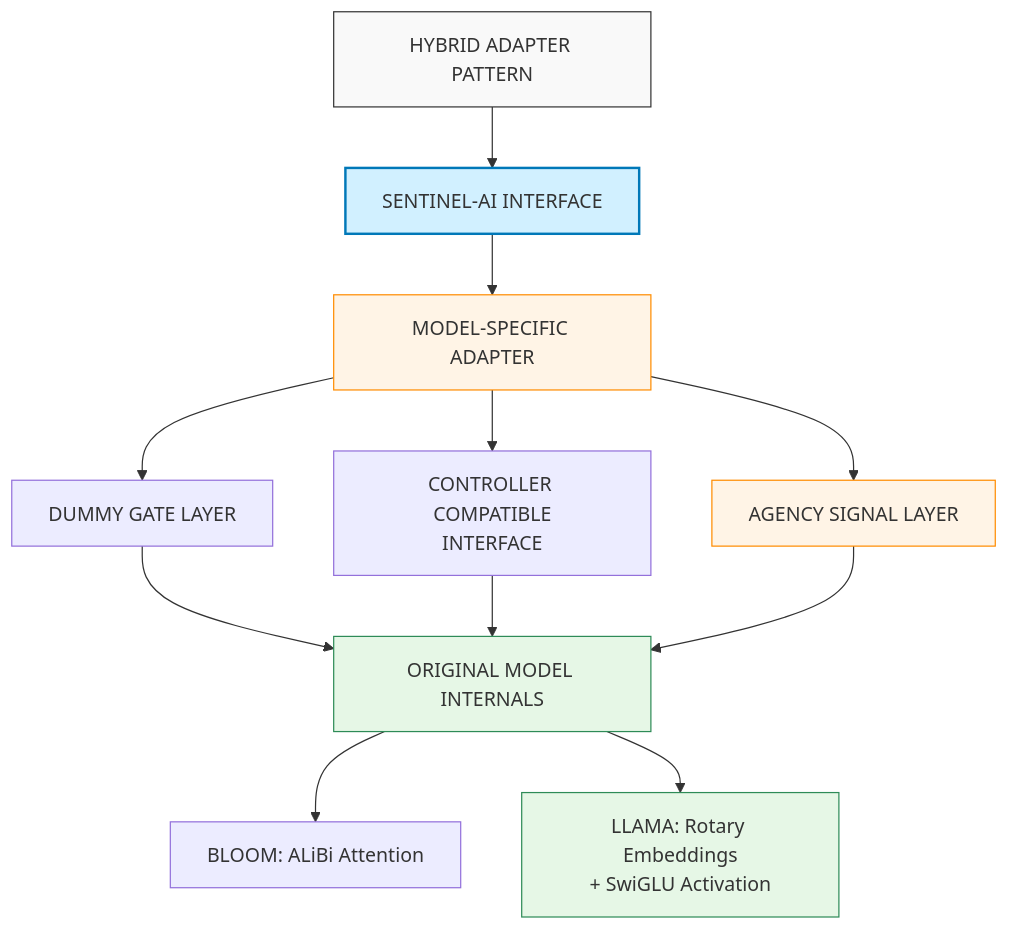
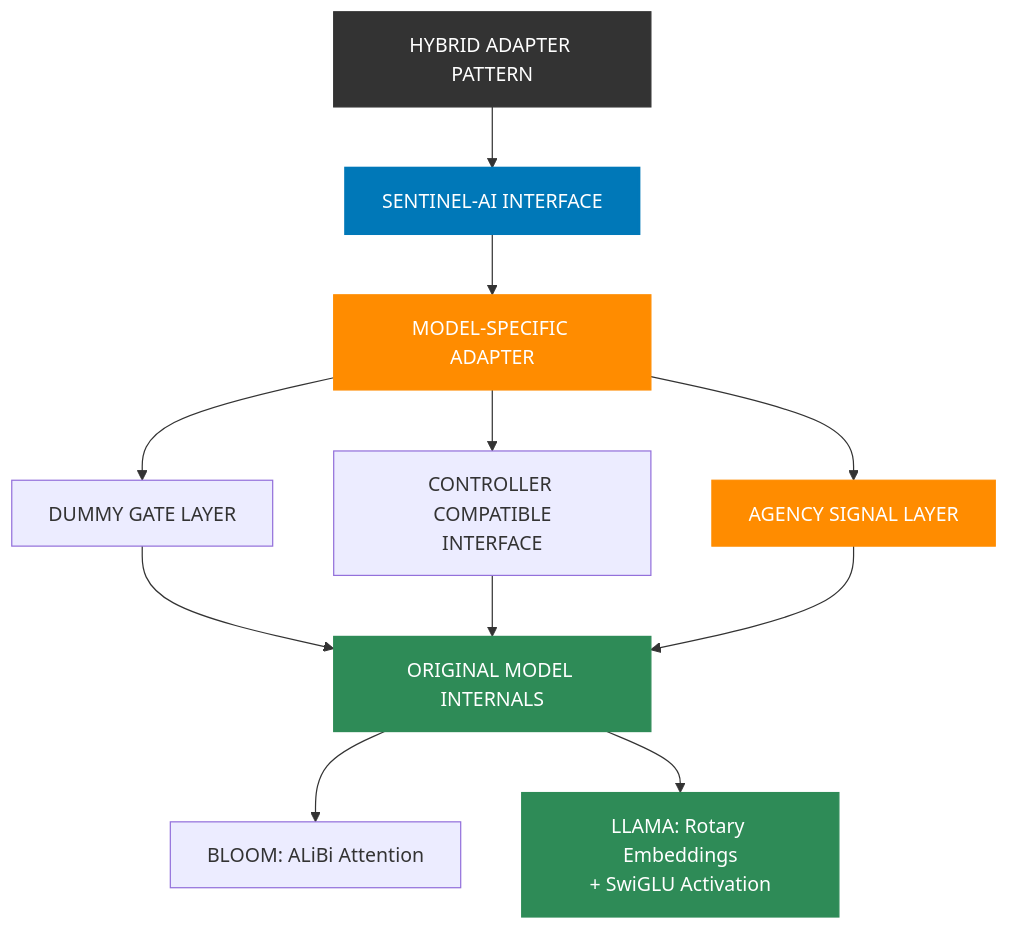
The third of 6 diagrams in README.md (CambrianTech/sentinel-ai), drawn with Mermaid before and after one commit. The commit also changed other lines of this file, not shown here.

First line of the commit message:
Improve diagram color contrast in README

````diff
--- a/README.md
+++ b/README.md
@@ -161,39 +161,39 @@
 ```mermaid
 flowchart TD
-    classDef standard fill:#f9f9f9,stroke:#333,stroke-width:1px
-    classDef interface fill:#d1f0ff,stroke:#0078b8,stroke-width:2px
-    classDef adapter fill:#fff4e6,stroke:#ff8c00,stroke-width:1px
-    classDef original fill:#e6f7e6,stroke:#2e8b57,stroke-width:1px
+    classDef standard fill:#333,stroke:#333,stroke-width:1px,color:#fff
+    classDef interface fill:#0078b8,stroke:#0078b8,stroke-width:2px,color:#fff
+    classDef adapter fill:#ff8c00,stroke:#ff8c00,stroke-width:1px,color:#fff
+    classDef original fill:#2e8b57,stroke:#2e8b57,stroke-width:1px,color:#fff
     
     %% Main Components
     title["HYBRID ADAPTER PATTERN"]
     interface["SENTINEL-AI INTERFACE"]
     adapter["MODEL-SPECIFIC ADAPTER"]
     original["ORIGINAL MODEL INTERNALS"]
     
     %% Adapter Components
     gates["DUMMY GATE LAYER"]
     compatible["CONTROLLER COMPATIBLE<br/>INTERFACE"]
     agency["AGENCY SIGNAL LAYER"]
     
     %% Original Model Components
     bloom["BLOOM: ALiBi Attention"]
     llama["LLAMA: Rotary Embeddings<br/>+ SwiGLU Activation"]
     
     %% Connections
     title --> interface
     interface --> adapter
     adapter --> gates & compatible & agency
     gates & compatible & agency --> original
     original --> bloom & llama
     
     %% Styling
     title:::standard
     interface:::interface
     adapter:::adapter
     original:::original
     
     gates & compatible & agency:::adapter
     
     bloom & llama:::original
 ```
````
